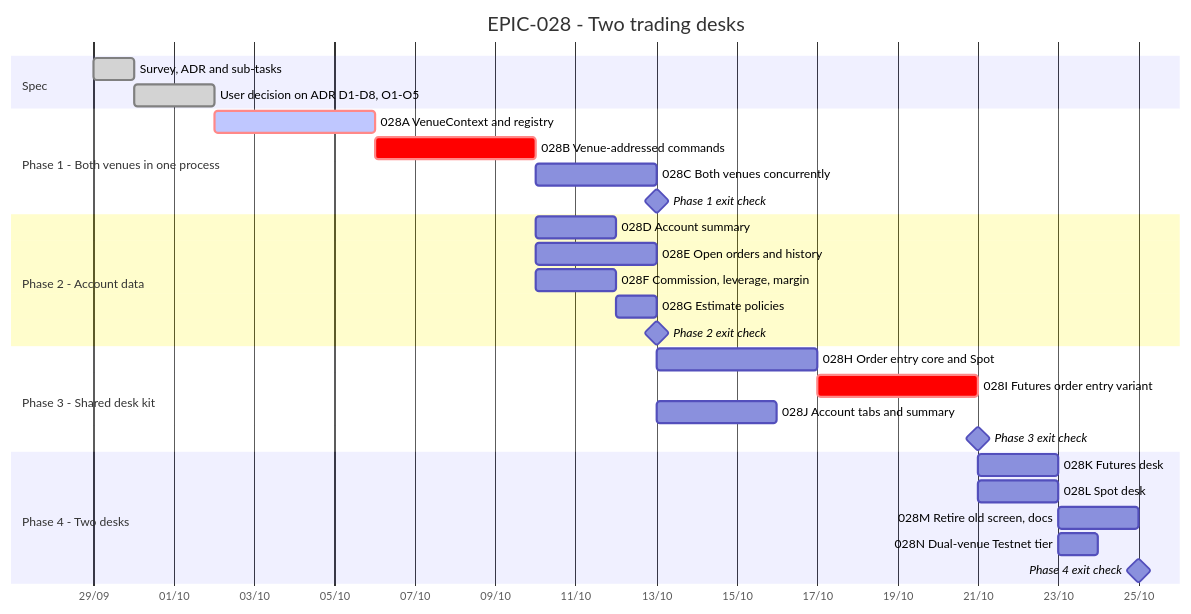
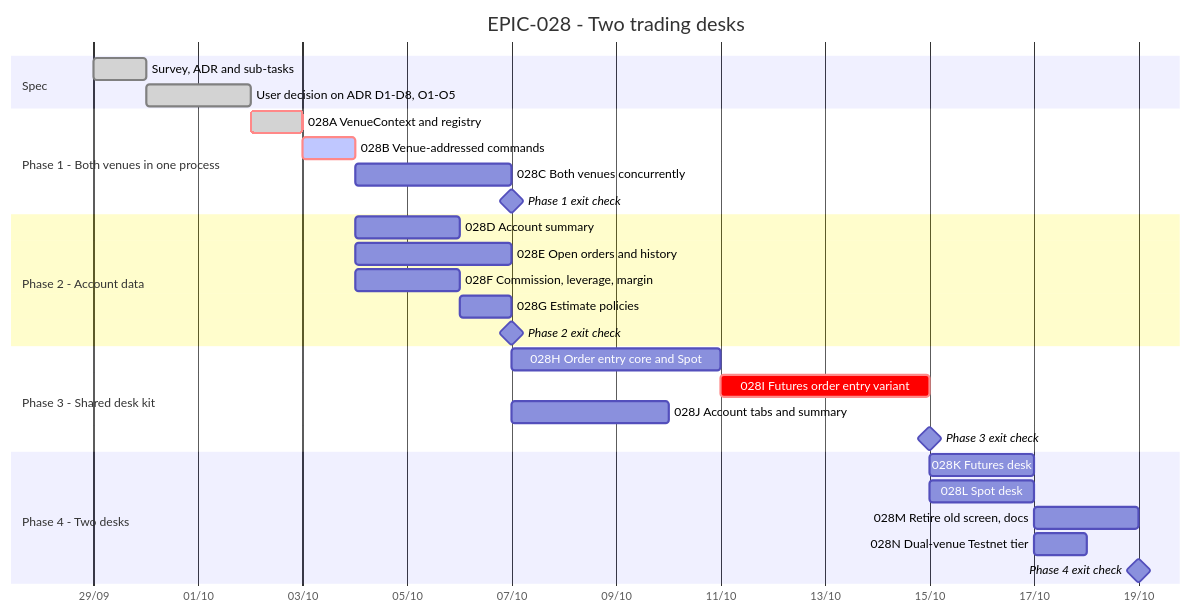
One commit to anhembedded/Sagittarius_Elite_Warrior changed the diagram in Tasks/epics/EPIC-028_futures_and_spot_trading_desks/TRACKING.md. Above: the diagram before and after it, drawn with Mermaid. The commit also changed other lines of this file and 105 other files, not shown here.

````diff
--- a/Tasks/epics/EPIC-028_futures_and_spot_trading_desks/TRACKING.md
+++ b/Tasks/epics/EPIC-028_futures_and_spot_trading_desks/TRACKING.md
@@ -15,37 +15,37 @@
 ```mermaid
 gantt
     title EPIC-028 - Two trading desks
     dateFormat  YYYY-MM-DD
     axisFormat  %d/%m
     todayMarker stroke-width:2px,stroke:#d33,opacity:0.6
 
     section Spec
     Survey, ADR and sub-tasks              :done,    s1, 2026-09-29, 1d
     User decision on ADR D1-D8, O1-O5      :done,    s2, after s1, 2d
 
     section Phase 1 - Both venues in one process
-    028A VenueContext and registry         :crit, active, a, after s2, 4d
-    028B Venue-addressed commands          :crit,    b, after a, 4d
+    028A VenueContext and registry         :crit, done, a, after s2, 1d
+    028B Venue-addressed commands          :crit, active, b, after a, 1d
     028C Both venues concurrently          :         c, after b, 3d
     Phase 1 exit check                     :milestone, m1, after c, 0d
 
     section Phase 2 - Account data
     028D Account summary                   :         d, after b, 2d
     028E Open orders and history           :         e, after b, 3d
     028F Commission, leverage, margin      :         f, after b, 2d
     028G Estimate policies                 :         g, after f, 1d
     Phase 2 exit check                     :milestone, m2, after e, 0d
 
     section Phase 3 - Shared desk kit
     028H Order entry core and Spot         :         h, after g, 4d
     028I Futures order entry variant       :crit,    i, after h, 4d
     028J Account tabs and summary          :         j, after e, 3d
     Phase 3 exit check                     :milestone, m3, after i, 0d
 
     section Phase 4 - Two desks
     028K Futures desk                      :         k, after m3, 2d
     028L Spot desk                         :         l, after m3, 2d
     028M Retire old screen, docs           :         mm, after k, 2d
     028N Dual-venue Testnet tier           :         n, after l, 1d
     Phase 4 exit check                     :milestone, m4, after mm, 0d
 ```
````
